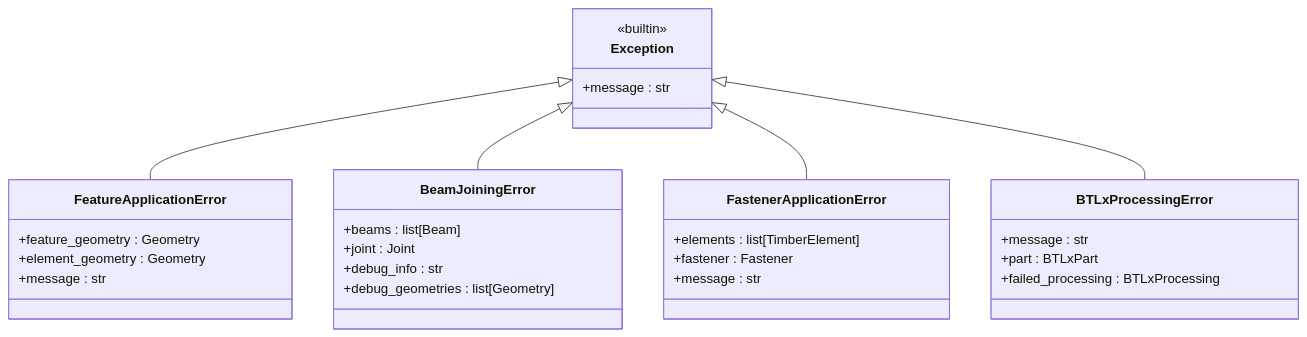
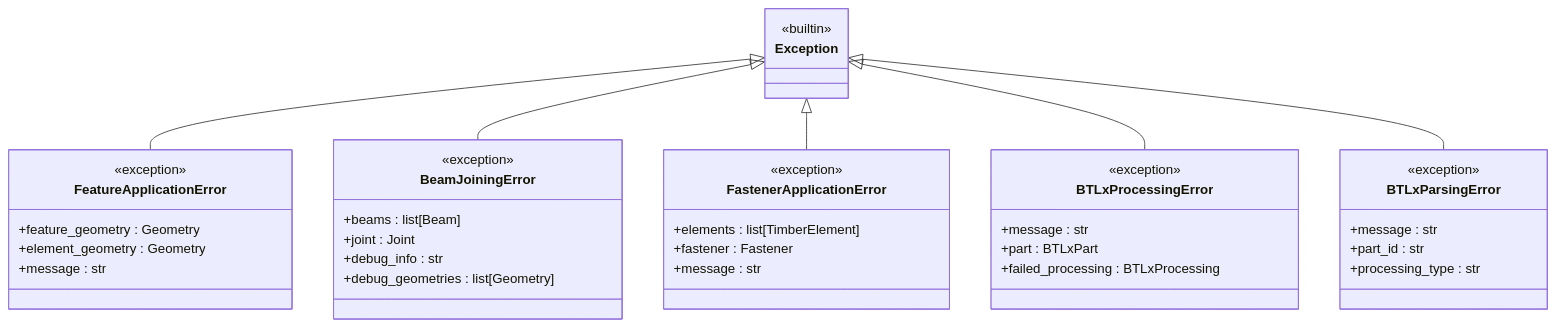
Diagram 11 of 11 in docs/contribution/class_diagrams.md (gramaziokohler/compas_timber), drawn with Mermaid before and after one commit. The commit also changed other lines of this file and 1 other file, not shown here.

````diff
--- a/docs/contribution/class_diagrams.md
+++ b/docs/contribution/class_diagrams.md
@@ -837,38 +1632,49 @@
 ```mermaid
 classDiagram
       class Exception {
          <<builtin>>
-         +message : str
       }
 
       class FeatureApplicationError {
+         <<exception>>
          +feature_geometry : Geometry
          +element_geometry : Geometry
          +message : str
       }
 
       class BeamJoiningError {
+         <<exception>>
          +beams : list[Beam]
          +joint : Joint
          +debug_info : str
          +debug_geometries : list[Geometry]
       }
 
       class FastenerApplicationError {
+         <<exception>>
          +elements : list[TimberElement]
          +fastener : Fastener
          +message : str
       }
 
       class BTLxProcessingError {
+         <<exception>>
          +message : str
          +part : BTLxPart
          +failed_processing : BTLxProcessing
+      }
+
+      class BTLxParsingError {
+         <<exception>>
+         +message : str
+         +part_id : str
+         +processing_type : str
       }
 
       %% Inheritance relationships
       Exception <|-- FeatureApplicationError
       Exception <|-- BeamJoiningError
       Exception <|-- FastenerApplicationError
       Exception <|-- BTLxProcessingError
+      Exception <|-- BTLxParsingError
 ```
````
